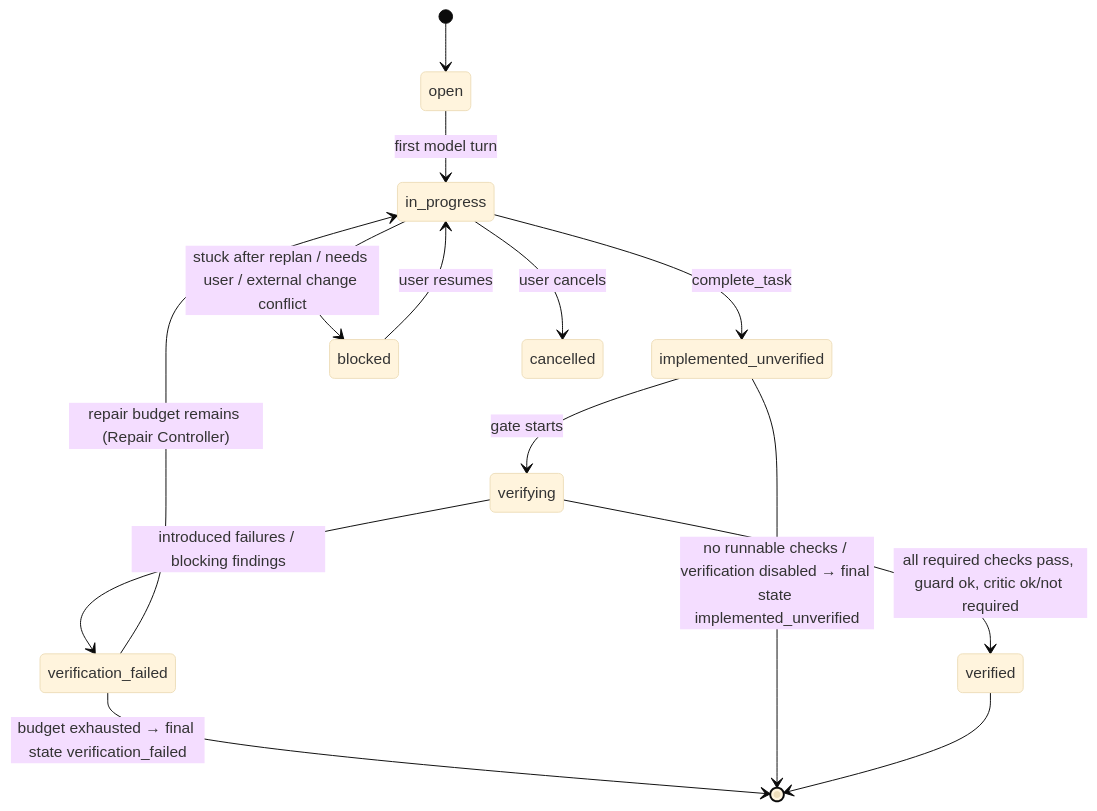
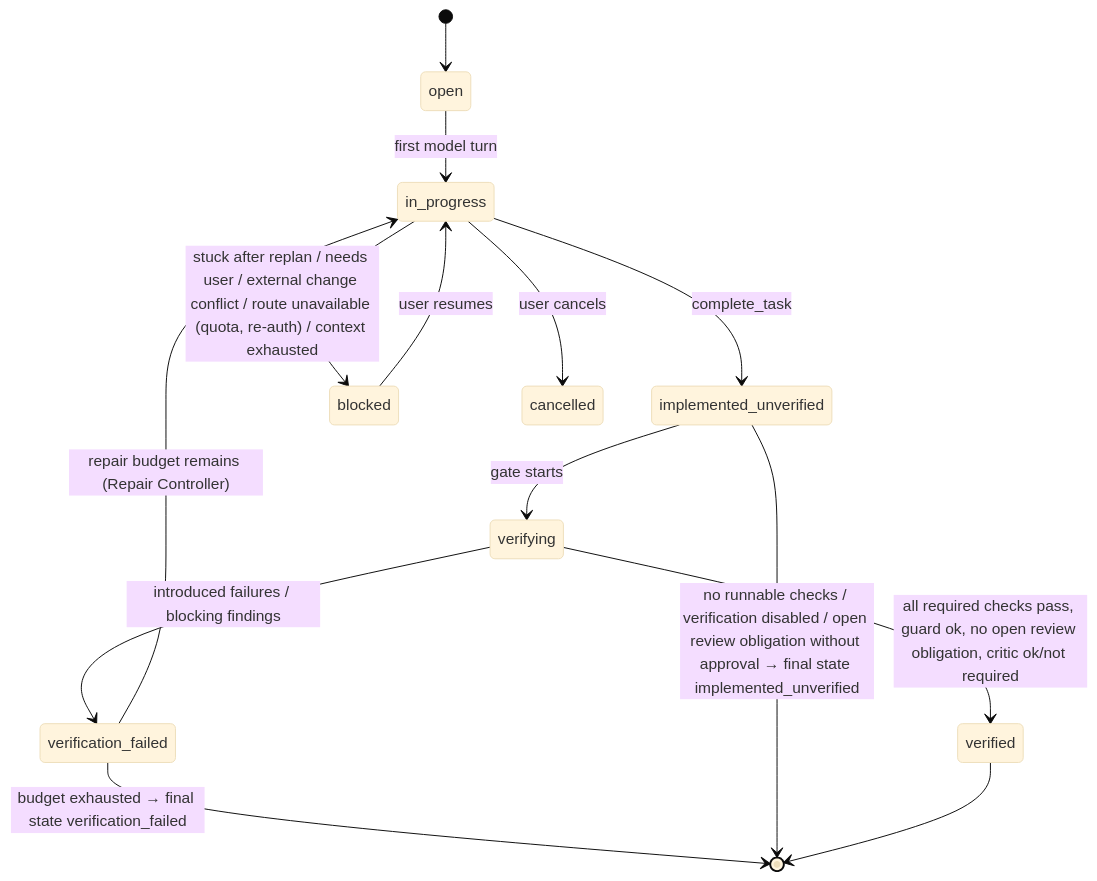
One commit to Kai-0501/kai-agent-2.0 changed the diagram in docs/specs/verification-engine.md. Above: the diagram before and after it, drawn with Mermaid (base theme). The commit also changed other lines of this file and 83 other files, not shown here.

First line of the commit message:
architecture: R1 release extension (macOS app, three routes, learning, Chrome research)

````diff
--- a/docs/specs/verification-engine.md
+++ b/docs/specs/verification-engine.md
@@ -20,16 +26,16 @@
 ```mermaid
 stateDiagram-v2
   [*] --> open
   open --> in_progress: first model turn
   in_progress --> implemented_unverified: complete_task
   implemented_unverified --> verifying: gate starts
-  verifying --> verified: all required checks pass, guard ok, critic ok/not required
+  verifying --> verified: all required checks pass, guard ok, no open review obligation, critic ok/not required
   verifying --> verification_failed: introduced failures / blocking findings
   verification_failed --> in_progress: repair budget remains (Repair Controller)
   verification_failed --> [*]: budget exhausted → final state verification_failed
-  implemented_unverified --> [*]: no runnable checks / verification disabled → final state implemented_unverified
-  in_progress --> blocked: stuck after replan / needs user / external change conflict
+  implemented_unverified --> [*]: no runnable checks / verification disabled / open review obligation without approval → final state implemented_unverified
+  in_progress --> blocked: stuck after replan / needs user / external change conflict / route unavailable (quota, re-auth) / context exhausted
   blocked --> in_progress: user resumes
   in_progress --> cancelled: user cancels
   verified --> [*]
 ```
````
